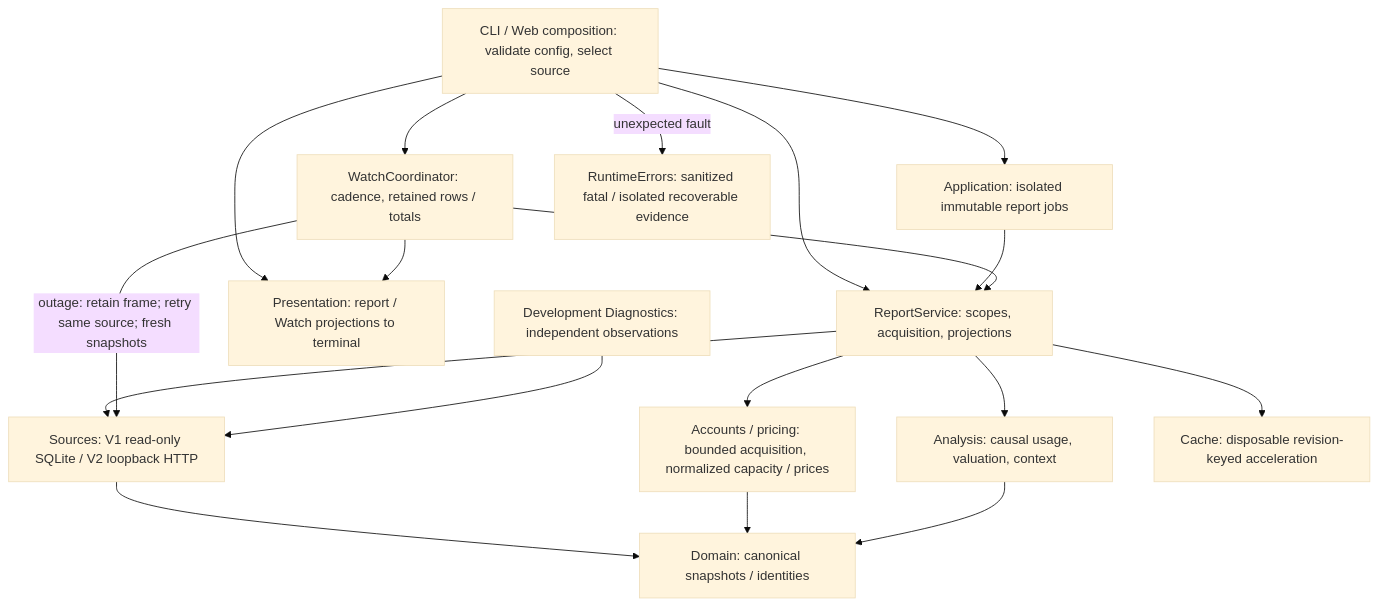
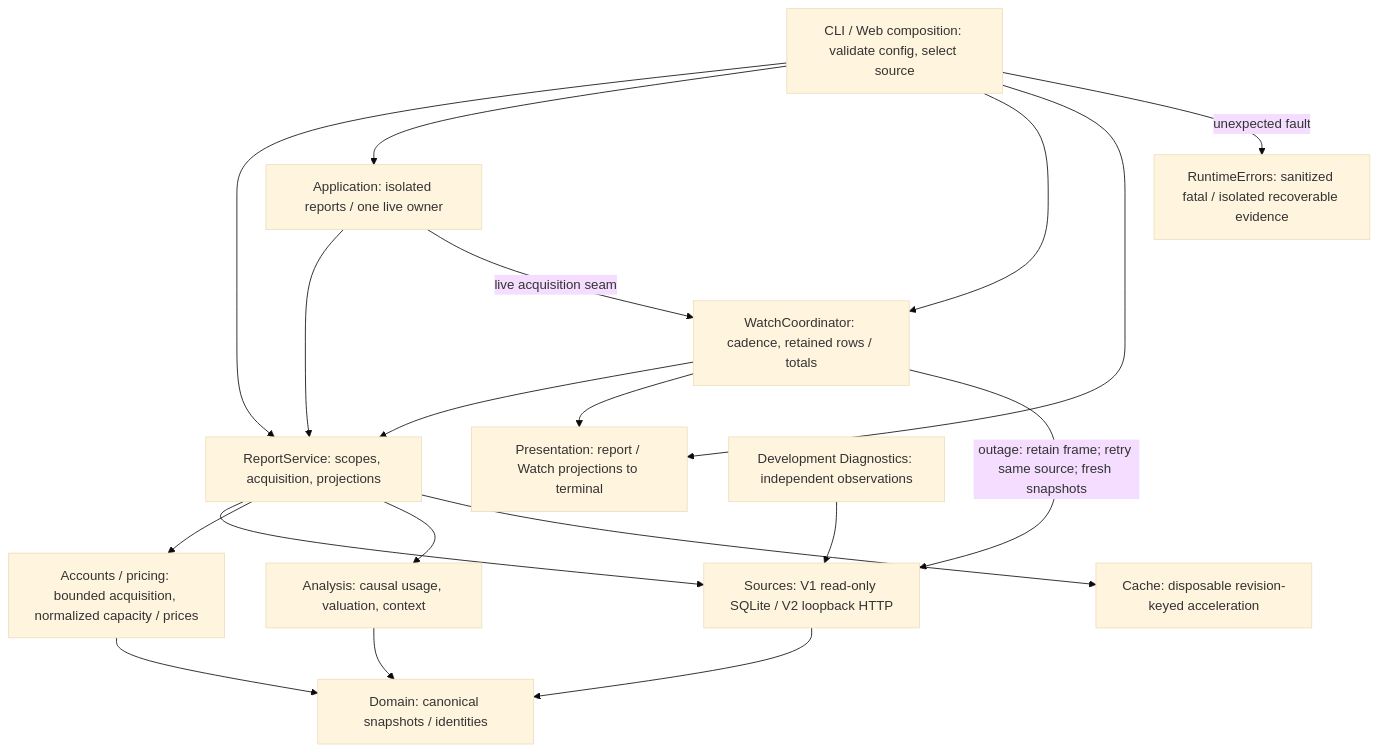
One commit to qstoffe/cost-guard changed the first of 2 diagrams in development/architecture/OVERVIEW.md. Above: the diagram before and after it, drawn with Mermaid (base theme). The commit also changed other lines of this file and 32 other files, not shown here.

````diff
--- a/development/architecture/OVERVIEW.md
+++ b/development/architecture/OVERVIEW.md
@@ -18,20 +18,21 @@
 ```mermaid
 flowchart TD
     entry["CLI / Web composition: validate config, select source"] --> reports["ReportService: scopes, acquisition, projections"]
-    entry --> application["Application: isolated immutable report jobs"]
+    entry --> application["Application: isolated reports / one live owner"]
     application --> reports
     entry --> watch["WatchCoordinator: cadence, retained rows / totals"]
+    application -->|"live acquisition seam"| watch
     watch --> reports
     reports --> sources["Sources: V1 read-only SQLite / V2 loopback HTTP"]
     reports --> providers["Accounts / pricing: bounded acquisition, normalized capacity / prices"]
     sources --> domain["Domain: canonical snapshots / identities"]
     providers --> domain
     reports --> analysis["Analysis: causal usage, valuation, context"]
     analysis --> domain
     reports --> cache["Cache: disposable revision-keyed acceleration"]
     entry --> presentation["Presentation: report / Watch projections to terminal"]
     watch --> presentation
     watch -->|"outage: retain frame; retry same source; fresh snapshots"| sources
     entry -->|"unexpected fault"| faults["RuntimeErrors: sanitized fatal / isolated recoverable evidence"]
     diagnostics["Development Diagnostics: independent observations"] --> sources
 ```
````
